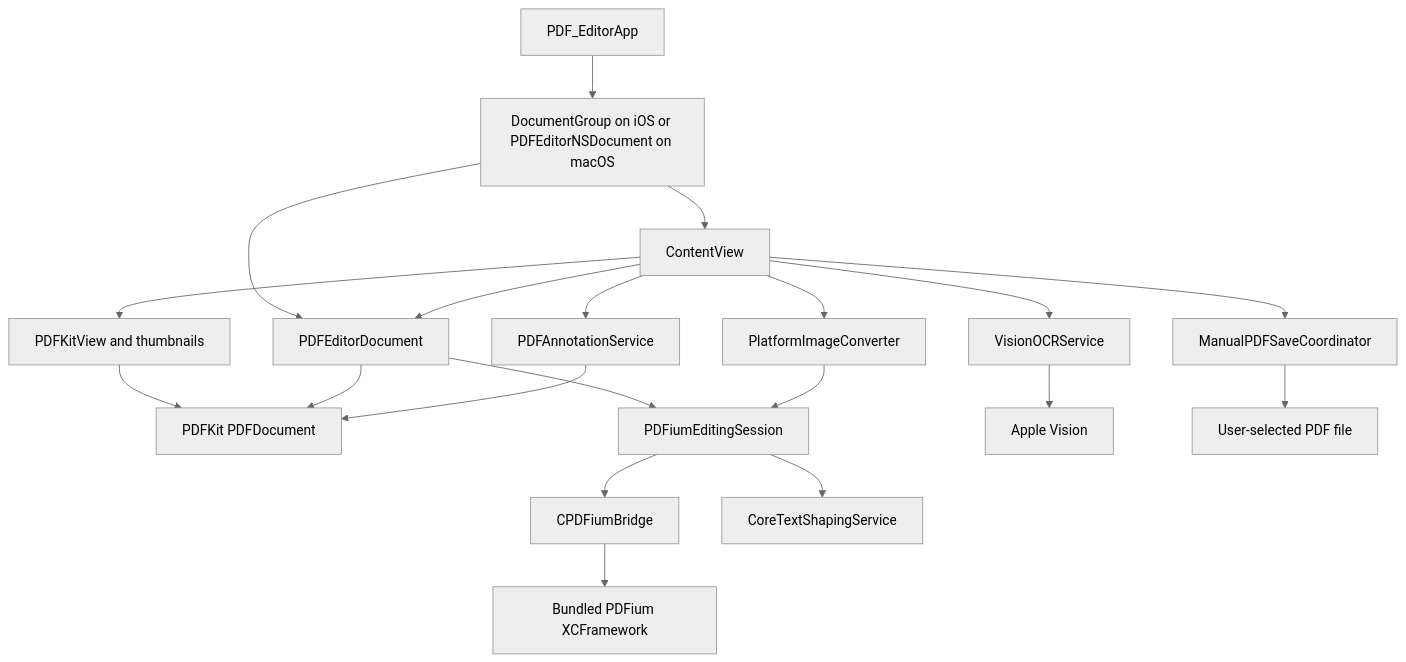
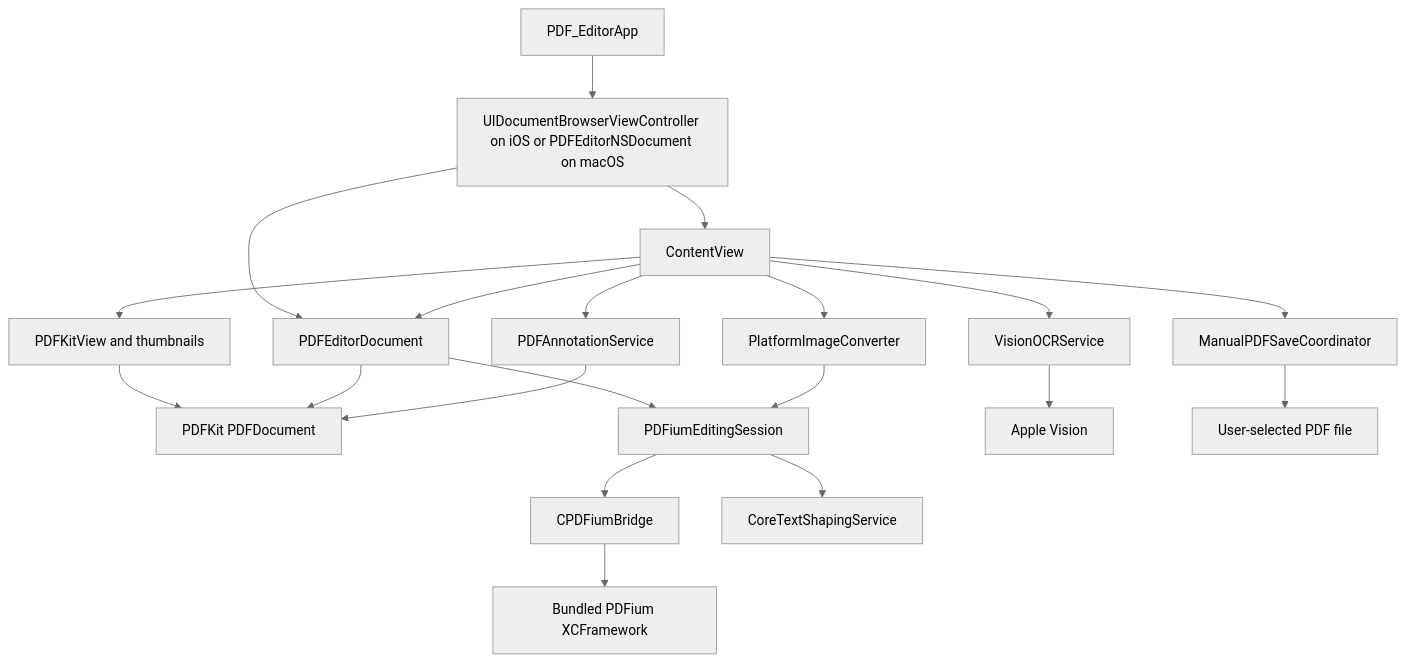
One commit to q7jxb7yxdk-star/pdf-editor changed the diagram in TECHNICAL_DOCUMENTATION.md. Above: the diagram before and after it, drawn with Mermaid (neutral theme). The commit also changed other lines of this file and 5 other files, not shown here.

Commit message:
Replace iOS DocumentGroup with document browser

````diff
--- a/TECHNICAL_DOCUMENTATION.md
+++ b/TECHNICAL_DOCUMENTATION.md
@@ -42,22 +42,22 @@
 ```mermaid
 flowchart TD
-    App[PDF_EditorApp] --> Host[DocumentGroup on iOS or PDFEditorNSDocument on macOS]
+    App[PDF_EditorApp] --> Host[UIDocumentBrowserViewController on iOS or PDFEditorNSDocument on macOS]
     Host --> Doc[PDFEditorDocument]
     Host --> UI[ContentView]
     UI --> Doc
     UI --> View[PDFKitView and thumbnails]
     View --> PDFKitDoc[PDFKit PDFDocument]
     Doc --> Session[PDFiumEditingSession]
     Session --> Bridge[CPDFiumBridge]
     Bridge --> PDFium[Bundled PDFium XCFramework]
     Doc --> PDFKitDoc
     Session --> Shape[CoreTextShapingService]
     UI --> OCR[VisionOCRService]
     OCR --> Vision[Apple Vision]
     UI --> Annotation[PDFAnnotationService]
     Annotation --> PDFKitDoc
     UI --> Image[PlatformImageConverter]
     Image --> Session
     UI --> Save[ManualPDFSaveCoordinator]
     Save --> File[User-selected PDF file]
 ```
````
